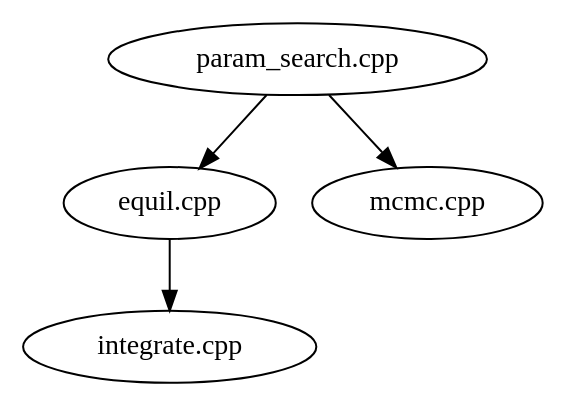
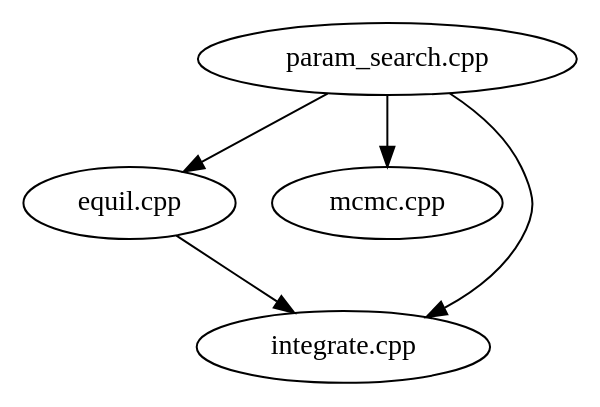
Before and after one commit to nbren12/mc2015_final: the diagram in README.org, drawn with Graphviz. The commit also changed other lines of this file, not shown here.

```diff
--- a/README.org
+++ b/README.org
@@ -72,8 +99,9 @@
-#+BEGIN_SRC dot :file dependency.svg
+#+BEGIN_SRC dot :file dependency.pdf
   digraph thing {
    "param_search.cpp" -> "equil.cpp";
    "param_search.cpp" -> "mcmc.cpp";
    "equil.cpp" -> "integrate.cpp";
+   "param_search.cpp" -> "integrate.cpp";
    
   }
 #+END_SRC
```
